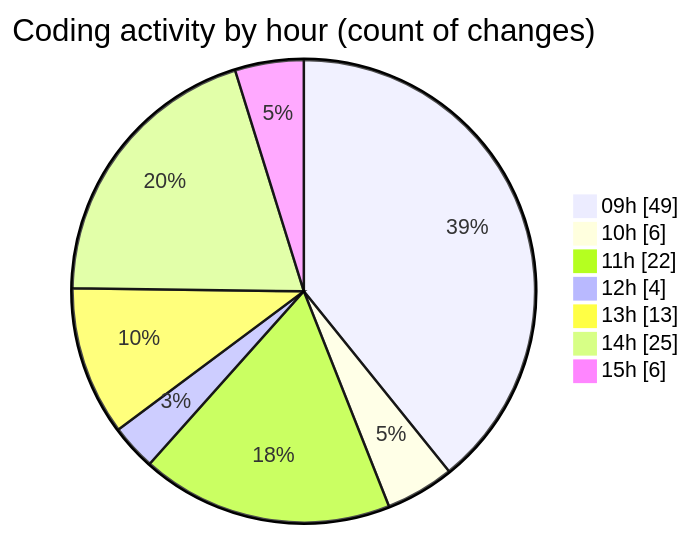
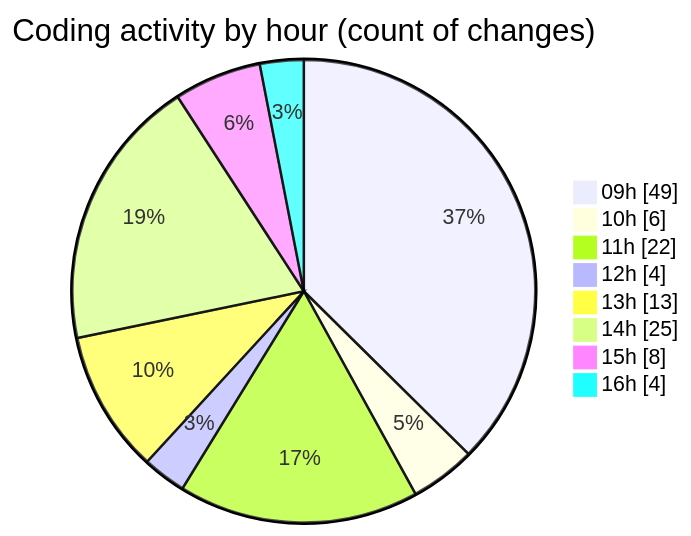
The second of 2 diagrams in 2026-06-17/cda/README.md (momahboobian/code-tracking), drawn with Mermaid before and after one commit. The commit also changed other lines of this file and 1 other file, not shown here.

````diff
--- a/2026-06-17/cda/README.md
+++ b/2026-06-17/cda/README.md
@@ -65,11 +66,12 @@
 ```mermaid
 pie showData
 title Coding activity by hour (count of changes)
 "09h" : 49
 "10h" : 6
 "11h" : 22
 "12h" : 4
 "13h" : 13
 "14h" : 25
-"15h" : 6
+"15h" : 8
+"16h" : 4
 ```
````
